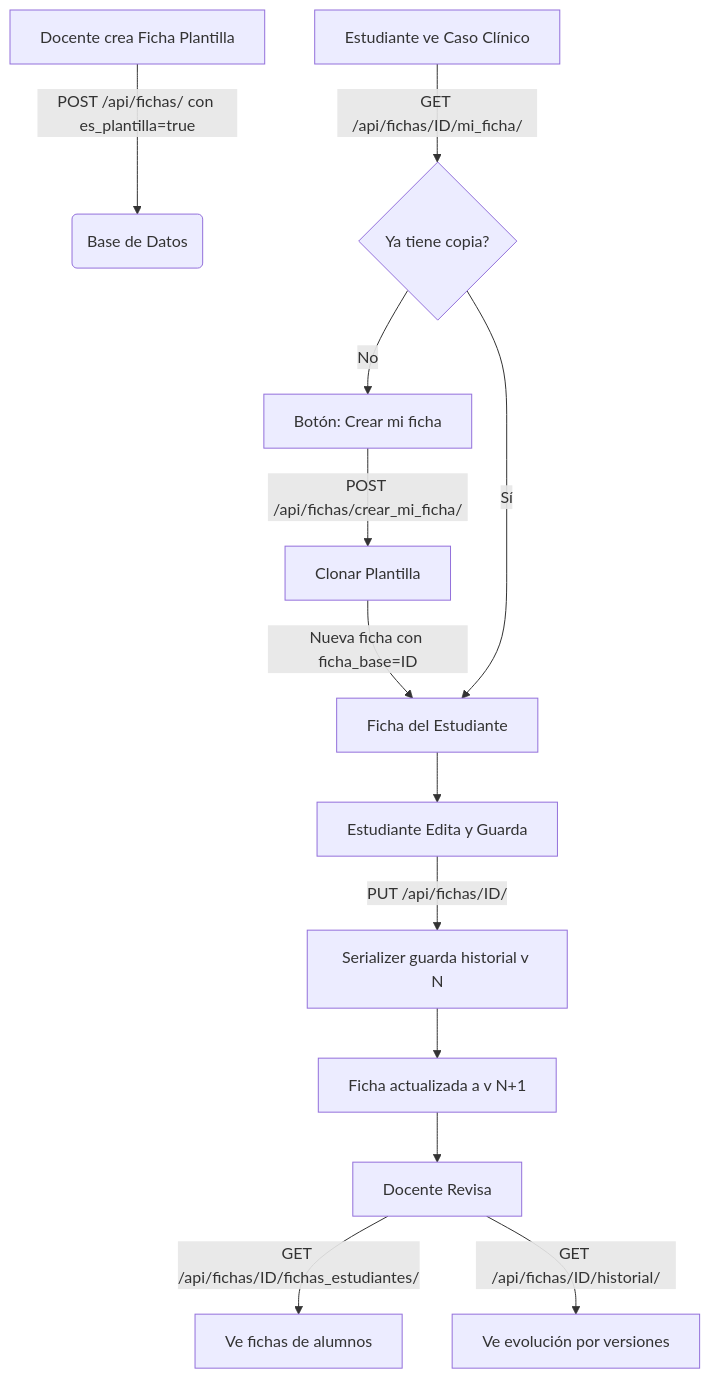
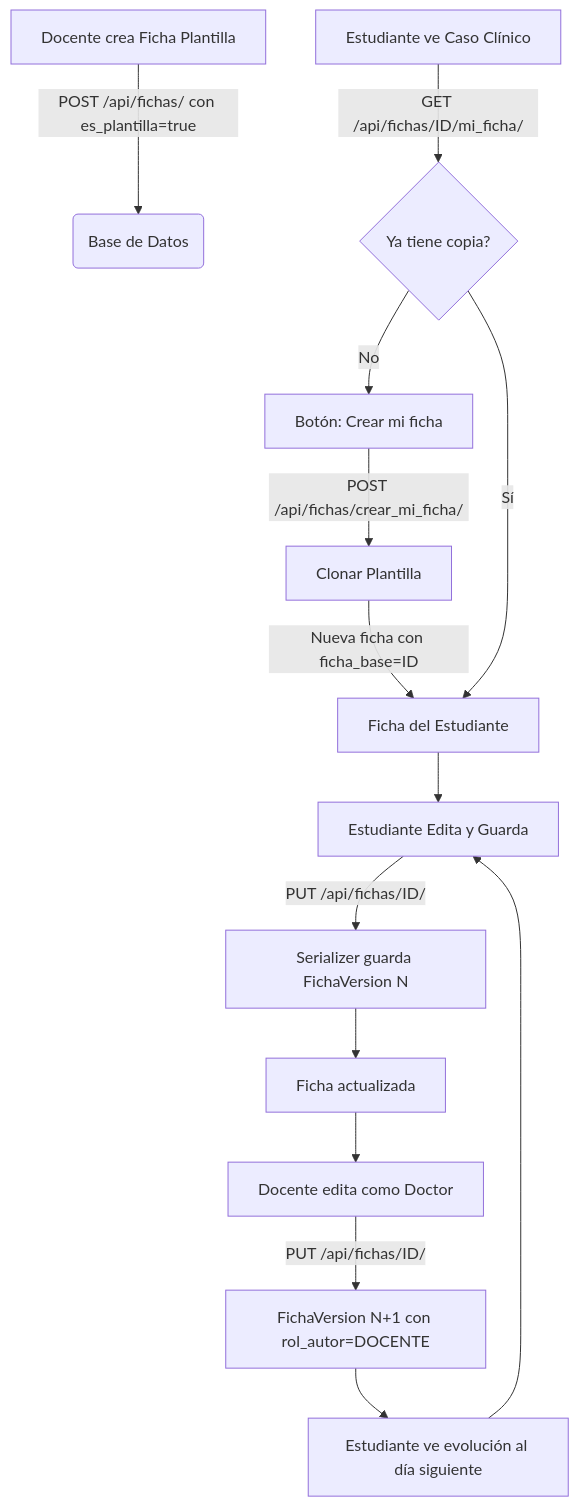
The diagram in Docs/documentacion del sistema/workflows.md (castrometro/SALUD-UDP), drawn with Mermaid before and after one commit. The commit also changed other lines of this file and 19 other files, not shown here.

````diff
--- a/Docs/documentacion del sistema/workflows.md
+++ b/Docs/documentacion del sistema/workflows.md
@@ -7,15 +7,16 @@
 ```mermaid
 graph TD
     A[Docente crea Ficha Plantilla] -->|POST /api/fichas/ con es_plantilla=true| B(Base de Datos)
     C[Estudiante ve Caso Clínico] -->|GET /api/fichas/ID/mi_ficha/| D{Ya tiene copia?}
     D -- No --> E[Botón: Crear mi ficha]
     E -->|POST /api/fichas/crear_mi_ficha/| F[Clonar Plantilla]
     F -->|Nueva ficha con ficha_base=ID| G[Ficha del Estudiante]
     D -- Sí --> G
     G --> H[Estudiante Edita y Guarda]
-    H -->|PUT /api/fichas/ID/| I[Serializer guarda historial v N]
-    I --> J[Ficha actualizada a v N+1]
-    J --> K[Docente Revisa]
-    K -->|GET /api/fichas/ID/fichas_estudiantes/| L[Ve fichas de alumnos]
-    K -->|GET /api/fichas/ID/historial/| M[Ve evolución por versiones]
+    H -->|PUT /api/fichas/ID/| I[Serializer guarda FichaVersion N]
+    I --> J[Ficha actualizada]
+    J --> K[Docente edita como Doctor]
+    K -->|PUT /api/fichas/ID/| L[FichaVersion N+1 con rol_autor=DOCENTE]
+    L --> M[Estudiante ve evolución al día siguiente]
+    M --> H
 ```
````
